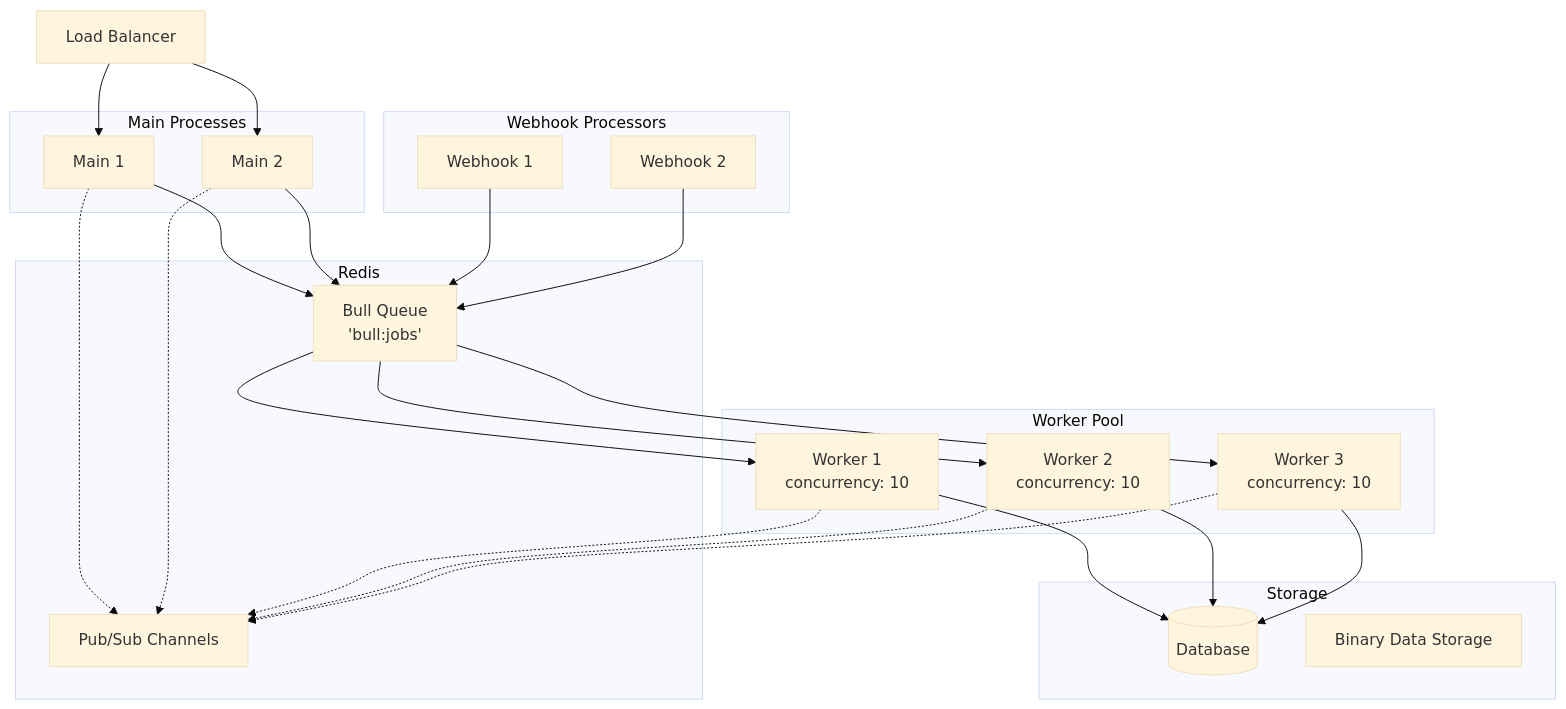
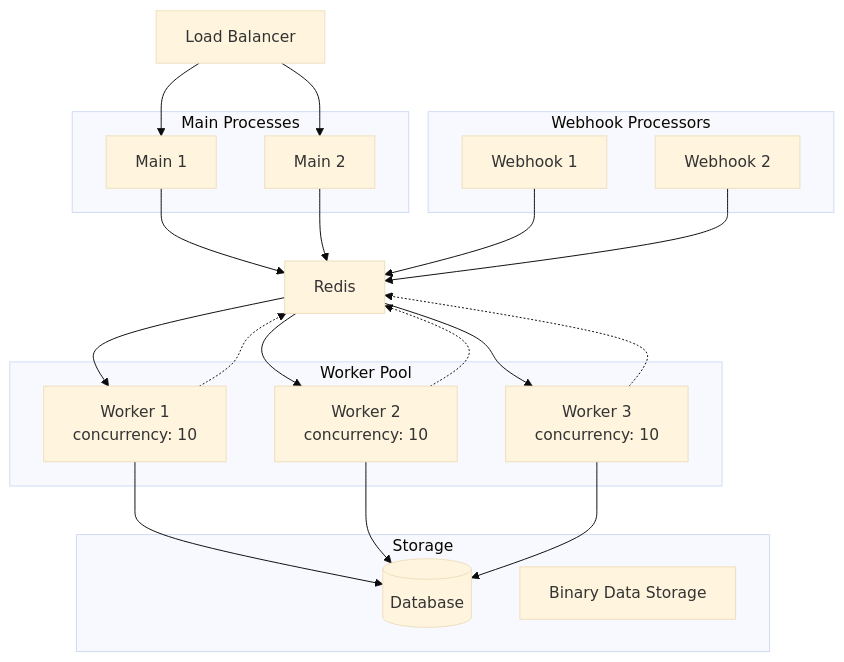
The second of 4 diagrams in docs/architecture/execution-modes.md (za4ak/n8n), drawn with Mermaid (base theme) before and after one commit. The commit also changed other lines of this file, not shown here.

````diff
--- a/docs/architecture/execution-modes.md
+++ b/docs/architecture/execution-modes.md
@@ -207,53 +207,48 @@
 ```mermaid
 graph TB
     LB[Load Balancer]
 
     subgraph "Main Processes"
         M1[Main 1]
         M2[Main 2]
     end
 
     subgraph "Worker Pool"
         W1[Worker 1<br/>concurrency: 10]
         W2[Worker 2<br/>concurrency: 10]
         W3[Worker 3<br/>concurrency: 10]
     end
 
     subgraph "Webhook Processors"
         WH1[Webhook 1]
         WH2[Webhook 2]
     end
 
-    subgraph "Redis"
-        QUEUE[Bull Queue<br/>'bull:jobs']
-        PUBSUB[Pub/Sub Channels]
-    end
+    REDIS[Redis]
 
     subgraph "Storage"
         DB[(Database)]
         S3[Binary Data Storage]
     end
 
     LB --> M1
     LB --> M2
 
-    M1 --> QUEUE
-    M2 --> QUEUE
+    M1 --> REDIS
+    M2 --> REDIS
 
-    WH1 --> QUEUE
-    WH2 --> QUEUE
+    WH1 --> REDIS
+    WH2 --> REDIS
 
-    QUEUE --> W1
-    QUEUE --> W2
-    QUEUE --> W3
+    REDIS --> W1
+    REDIS --> W2
+    REDIS --> W3
 
     W1 --> DB
     W2 --> DB
     W3 --> DB
 
-    M1 -.-> PUBSUB
-    M2 -.-> PUBSUB
-    W1 -.-> PUBSUB
-    W2 -.-> PUBSUB
-    W3 -.-> PUBSUB
+    W1 -.-> REDIS
+    W2 -.-> REDIS
+    W3 -.-> REDIS
 ```
````
